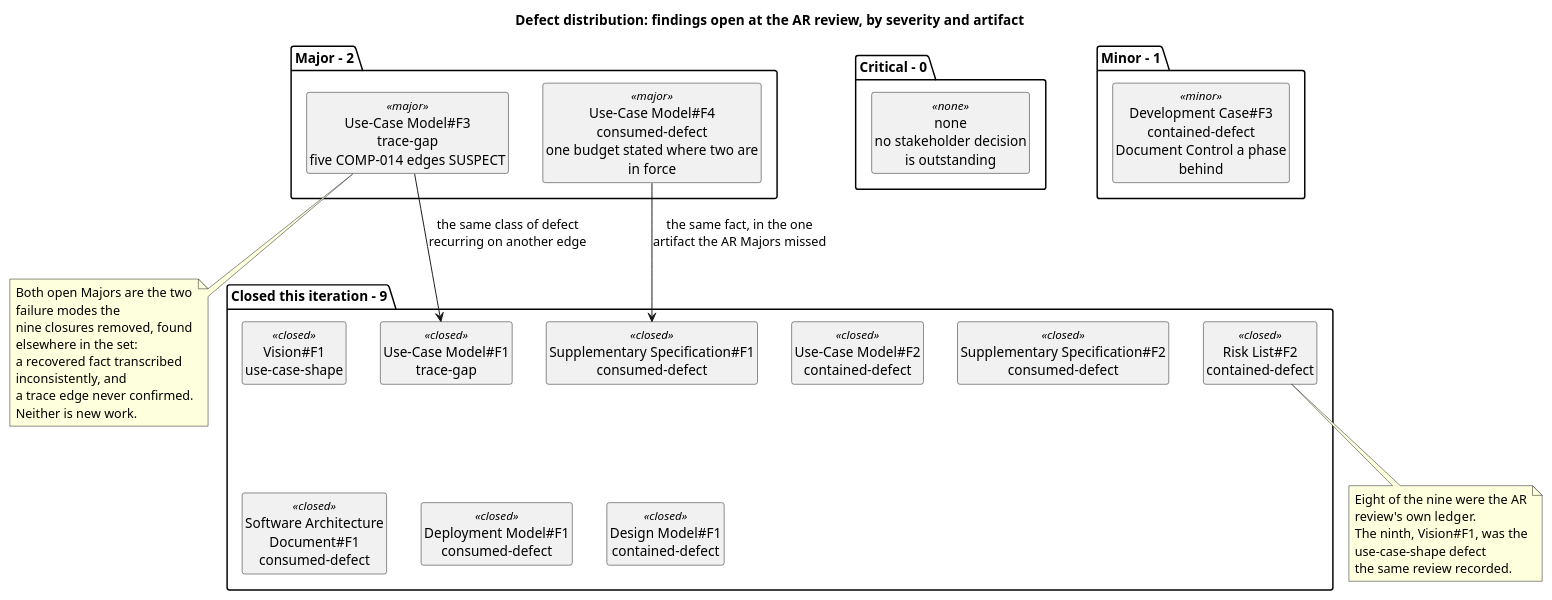
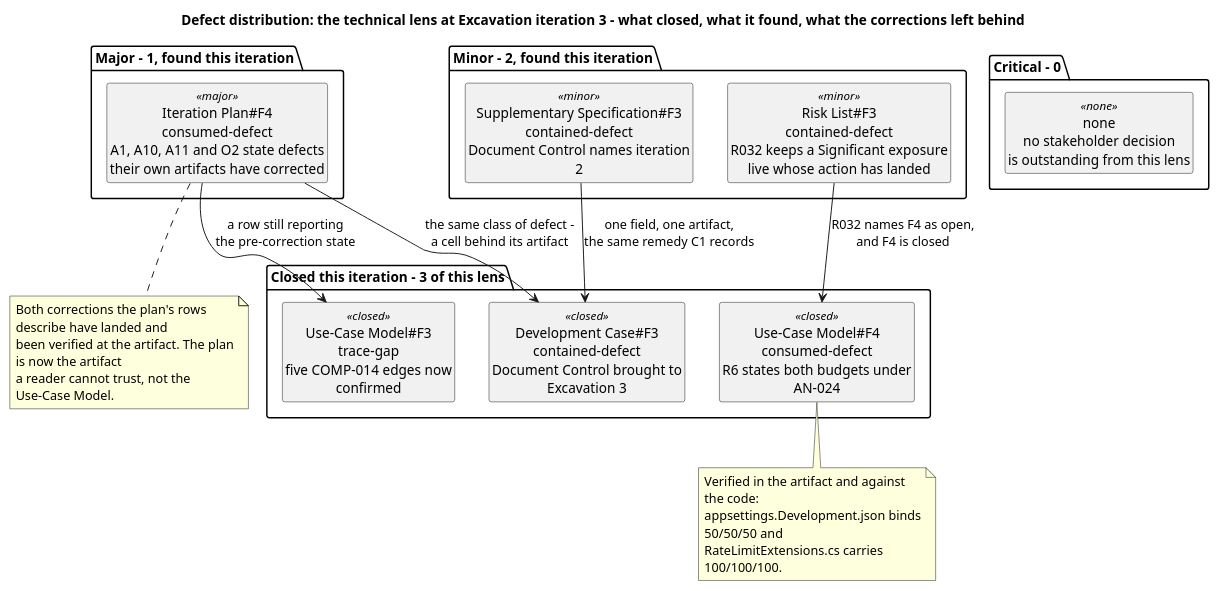
Before and after one commit to banense-test/TodoApp: the fourth of 11 diagrams in docs/artifacts/project-management/review-record.md, drawn with PlantUML. The commit also changed other lines of this file, not shown here.

First line of the commit message:
Reviewer [Excavation3]: upsert Review Record

````diff
--- a/docs/artifacts/project-management/review-record.md
+++ b/docs/artifacts/project-management/review-record.md
@@ -368,52 +371,47 @@
 ```plantuml
 @startuml
-title Defect distribution: findings open at the AR review, by severity and artifact
+title Defect distribution: the technical lens at Excavation iteration 3 - what closed, what it found, what the corrections left behind
 
 skinparam shadowing false
 skinparam classAttributeIconSize 0
-skinparam wrapWidth 220
+skinparam wrapWidth 230
 hide circle
 hide empty members
 
 package "Critical - 0" {
-  class "none\nno stakeholder decision\nis outstanding" as NOCRIT <<none>>
+  class "none\nno stakeholder decision\nis outstanding from this lens" as NC <<none>>
 }
 
-package "Major - 2" {
-  class "Use-Case Model#F3\ntrace-gap\nfive COMP-014 edges SUSPECT" as M1 <<major>>
-  class "Use-Case Model#F4\nconsumed-defect\none budget stated where two are in force" as M2 <<major>>
+package "Major - 1, found this iteration" {
+  class "Iteration Plan#F4\nconsumed-defect\nA1, A10, A11 and O2 state defects\ntheir own artifacts have corrected" as M1 <<major>>
 }
 
-package "Minor - 1" {
-  class "Development Case#F3\ncontained-defect\nDocument Control a phase behind" as M3 <<minor>>
+package "Minor - 2, found this iteration" {
+  class "Risk List#F3\ncontained-defect\nR032 keeps a Significant exposure\nlive whose action has landed" as m1 <<minor>>
+  class "Supplementary Specification#F3\ncontained-defect\nDocument Control names iteration 2" as m2 <<minor>>
 }
 
-package "Closed this iteration - 9" {
-  class "Vision#F1\nuse-case-shape" as C1 <<closed>>
-  class "Use-Case Model#F1\ntrace-gap" as C2 <<closed>>
-  class "Use-Case Model#F2\ncontained-defect" as C3 <<closed>>
-  class "Supplementary Specification#F1\nconsumed-defect" as C4 <<closed>>
-  class "Supplementary Specification#F2\nconsumed-defect" as C5 <<closed>>
-  class "Software Architecture Document#F1\nconsumed-defect" as C6 <<closed>>
-  class "Deployment Model#F1\nconsumed-defect" as C7 <<closed>>
-  class "Design Model#F1\ncontained-defect" as C8 <<closed>>
-  class "Risk List#F2\ncontained-defect" as C9 <<closed>>
+package "Closed this iteration - 3 of this lens" {
+  class "Development Case#F3\ncontained-defect\nDocument Control brought to Excavation 3" as C1 <<closed>>
+  class "Use-Case Model#F3\ntrace-gap\nfive COMP-014 edges now confirmed" as C2 <<closed>>
+  class "Use-Case Model#F4\nconsumed-defect\nR6 states both budgets under AN-024" as C3 <<closed>>
 }
 
-M1 --> C2 : the same class of defect\nrecurring on another edge
-M2 --> C4 : the same fact, in the one\nartifact the AR Majors missed
+M1 --> C1 : the same class of defect -\na cell behind its artifact
+M1 --> C2 : a row still reporting\nthe pre-correction state
+m1 --> C3 : R032 names F4 as open,\nand F4 is closed
+m2 --> C1 : one field, one artifact,\nthe same remedy C1 records
 
 note bottom of M1
-  Both open Majors are the two failure modes the
-  nine closures removed, found elsewhere in the set:
-  a recovered fact transcribed inconsistently, and
-  a trace edge never confirmed. Neither is new work.
+  Both corrections the plan's rows describe have landed and
+  been verified at the artifact. The plan is now the artifact
+  a reader cannot trust, not the Use-Case Model.
 end note
-note bottom of C9
-  Eight of the nine were the AR review's own ledger.
-  The ninth, Vision#F1, was the use-case-shape defect
-  the same review recorded.
+note bottom of C3
+  Verified in the artifact and against the code:
+  appsettings.Development.json binds 50/50/50 and
+  RateLimitExtensions.cs carries 100/100/100.
 end note
 
 @enduml
 ```
````
